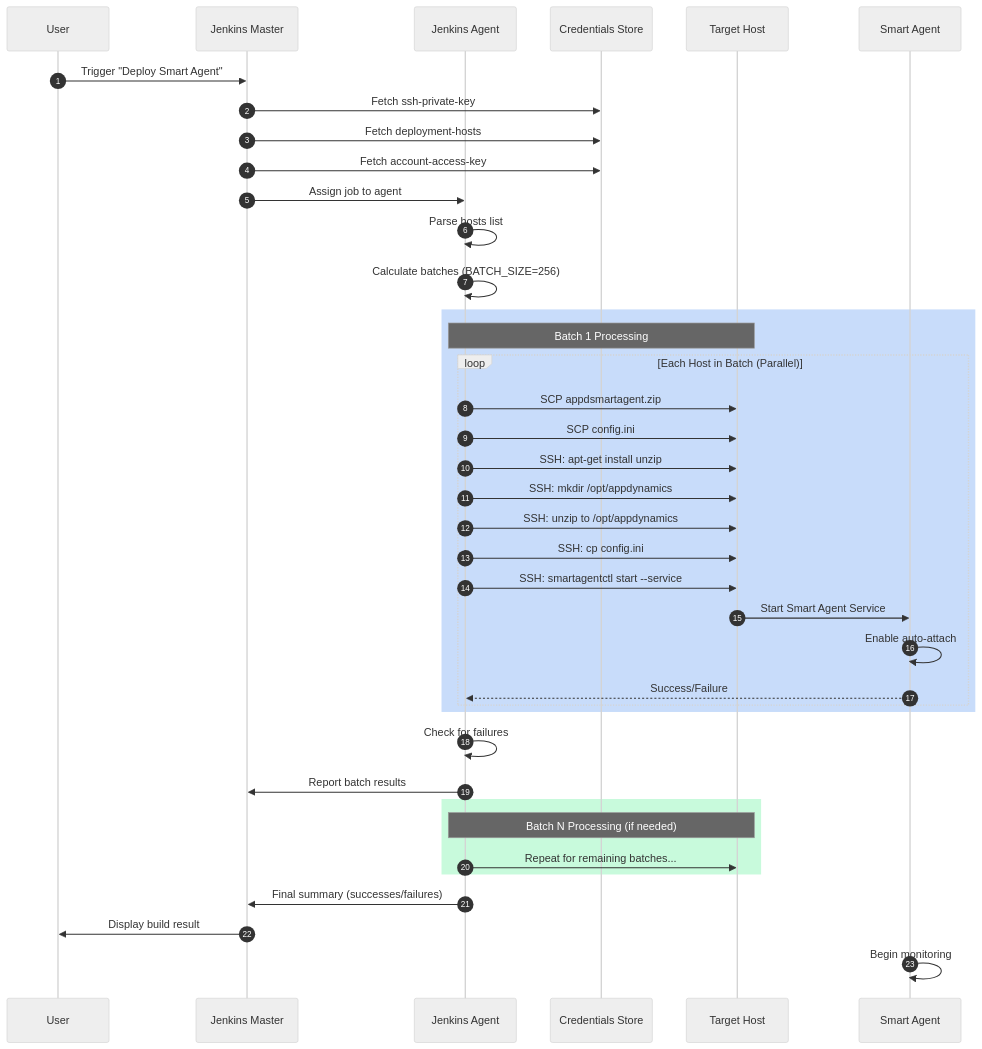
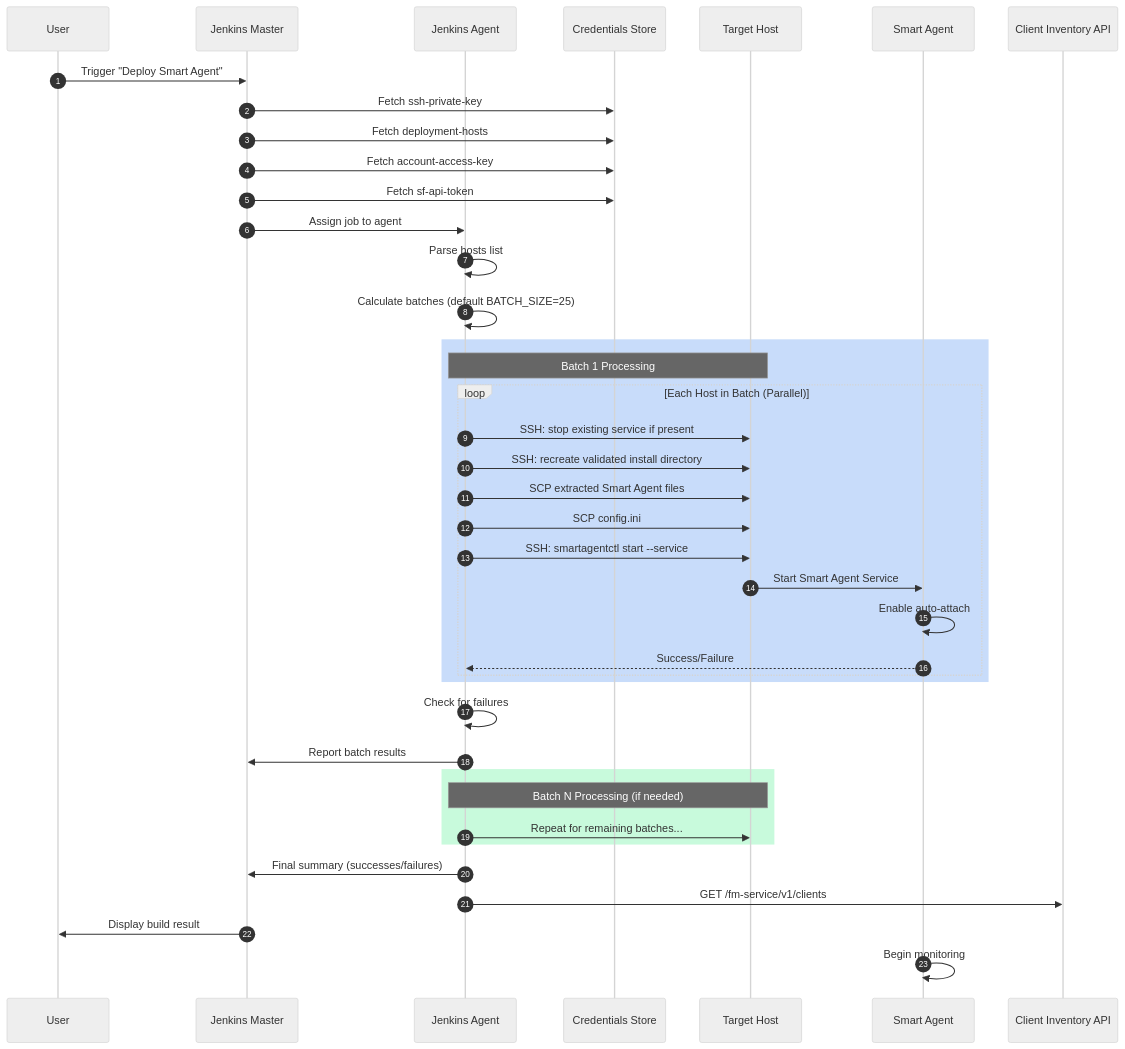
Before and after one commit to chambear2809/sm-jenkins: the fourth of 6 diagrams in ARCHITECTURE.md, drawn with Mermaid (neutral theme). The commit also changed other lines of this file and 13 other files, not shown here.

Commit message:
add client inventory api checks

````diff
--- a/ARCHITECTURE.md
+++ b/ARCHITECTURE.md
@@ -245,50 +232,51 @@
 ```mermaid
 sequenceDiagram
     autonumber
-    
+
     participant U as User
     participant J as Jenkins Master
     participant A as Jenkins Agent
     participant C as Credentials Store
     participant H as Target Host
     participant S as Smart Agent
-    
+    participant AppD as Client Inventory API
+
     U->>J: Trigger "Deploy Smart Agent"
     J->>C: Fetch ssh-private-key
     J->>C: Fetch deployment-hosts
     J->>C: Fetch account-access-key
+    J->>C: Fetch sf-api-token
     J->>A: Assign job to agent
-    
+
     A->>A: Parse hosts list
-    A->>A: Calculate batches (BATCH_SIZE=256)
-    
+    A->>A: Calculate batches (default BATCH_SIZE=25)
+
     rect rgb(200, 220, 250)
         Note over A,H: Batch 1 Processing
-        
+
         loop Each Host in Batch (Parallel)
-            A->>H: SCP appdsmartagent.zip
+            A->>H: SSH: stop existing service if present
+            A->>H: SSH: recreate validated install directory
+            A->>H: SCP extracted Smart Agent files
             A->>H: SCP config.ini
-            A->>H: SSH: apt-get install unzip
-            A->>H: SSH: mkdir /opt/appdynamics
-            A->>H: SSH: unzip to /opt/appdynamics
-            A->>H: SSH: cp config.ini
             A->>H: SSH: smartagentctl start --service
             H->>S: Start Smart Agent Service
             S->>S: Enable auto-attach
             S-->>A: Success/Failure
         end
     end
-    
+
     A->>A: Check for failures
     A->>J: Report batch results
-    
+
     rect rgb(200, 250, 220)
         Note over A,H: Batch N Processing (if needed)
         A->>H: Repeat for remaining batches...
     end
-    
+
     A->>J: Final summary (successes/failures)
+    A->>AppD: GET /fm-service/v1/clients
     J->>U: Display build result
-    
+
     S->>S: Begin monitoring
 ```
````
